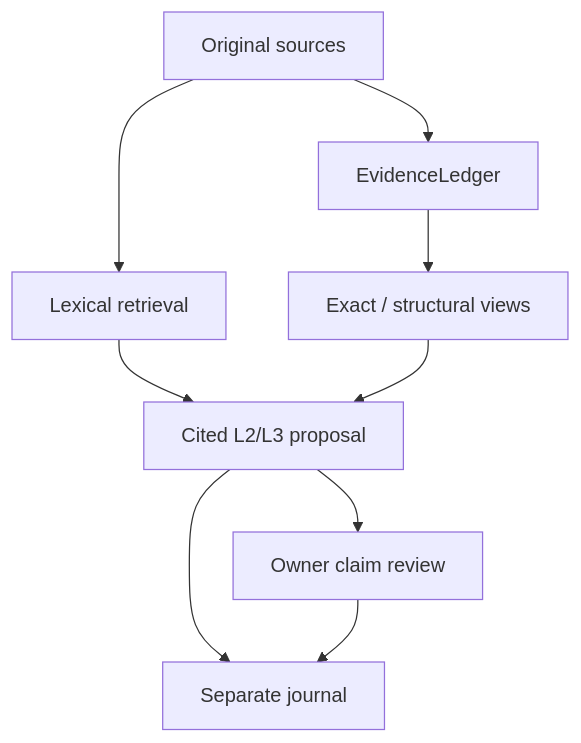
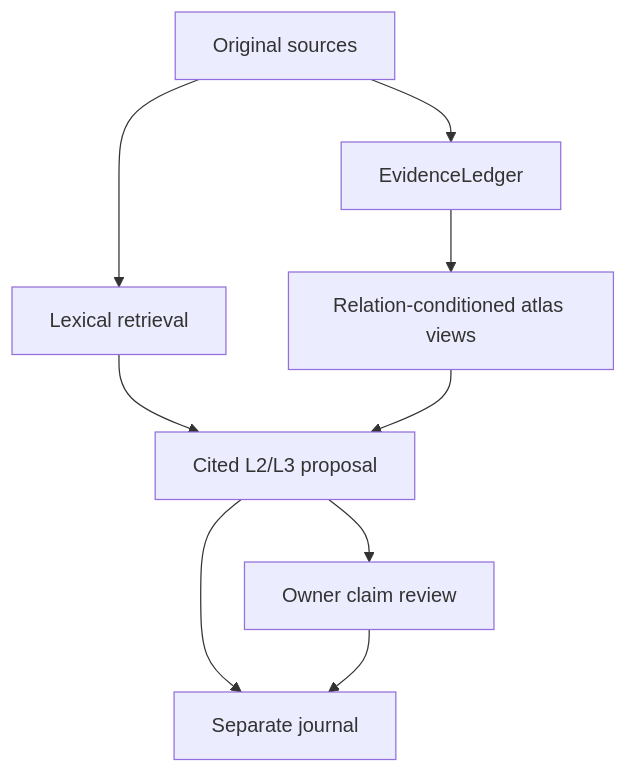
Before and after one commit to re-1n/FVSC: the diagram in README.md, drawn with Mermaid. The commit also changed other lines of this file and 2 other files, not shown here.

````diff
--- a/README.md
+++ b/README.md
@@ -51,11 +59,11 @@
 ```mermaid
 flowchart TD
     A["Original sources"] --> B["EvidenceLedger"]
     A --> C["Lexical retrieval"]
-    B --> D["Exact / structural views"]
+    B --> D["Relation-conditioned atlas views"]
     C --> E["Cited L2/L3 proposal"]
     D --> E
     E --> F["Owner claim review"]
     E --> G["Separate journal"]
     F --> G
 ```
````
